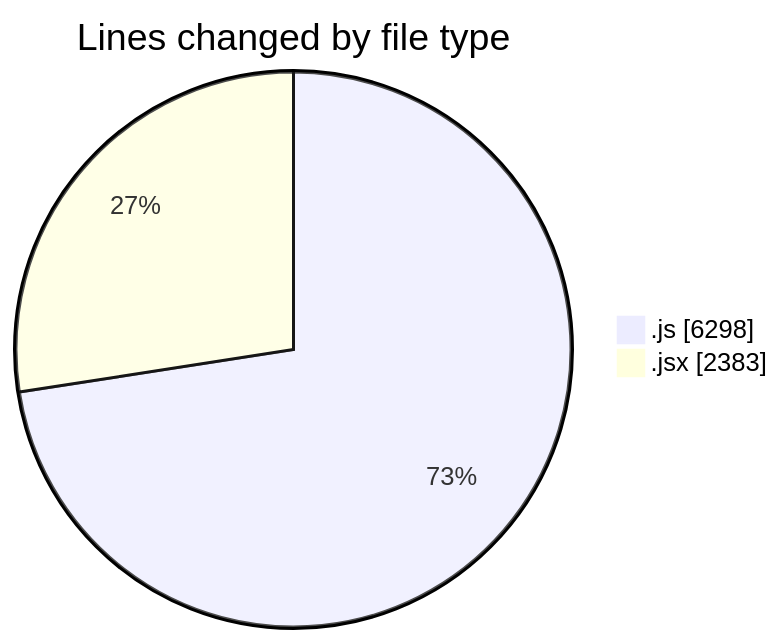
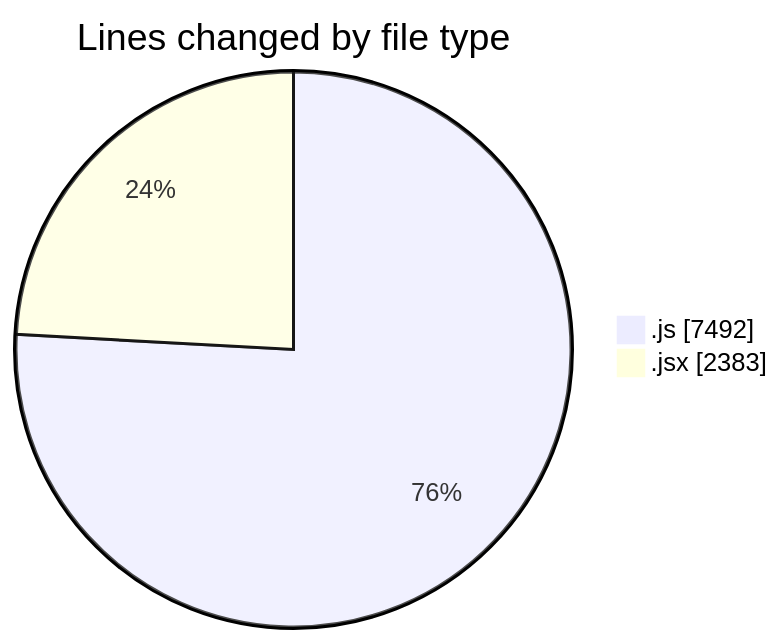
One commit to nxtqubesakshisongat/code-tracking changed the first of 2 diagrams in 2025-12-10/nxtqube_webapp/README.md. Above: the diagram before and after it, drawn with Mermaid. The commit also changed other lines of this file and 1 other file, not shown here.

````diff
--- a/2025-12-10/nxtqube_webapp/README.md
+++ b/2025-12-10/nxtqube_webapp/README.md
@@ -21,6 +21,6 @@
 ```mermaid
 pie showData
 title Lines changed by file type
-".js" : 6298
+".js" : 7492
 ".jsx" : 2383
 ```
````
